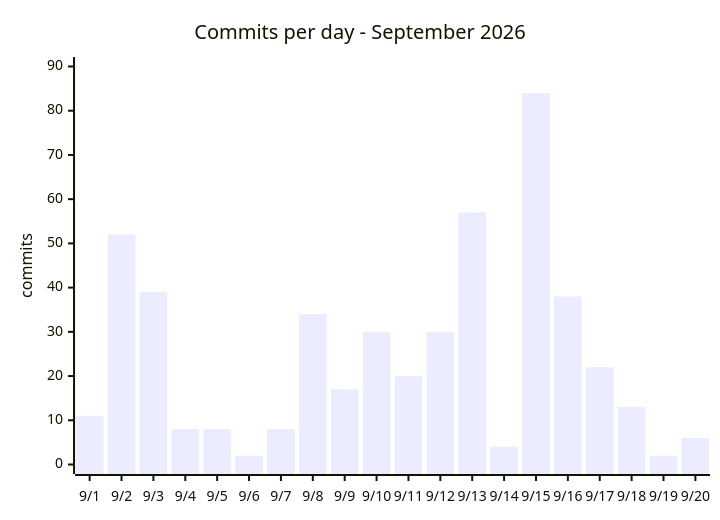
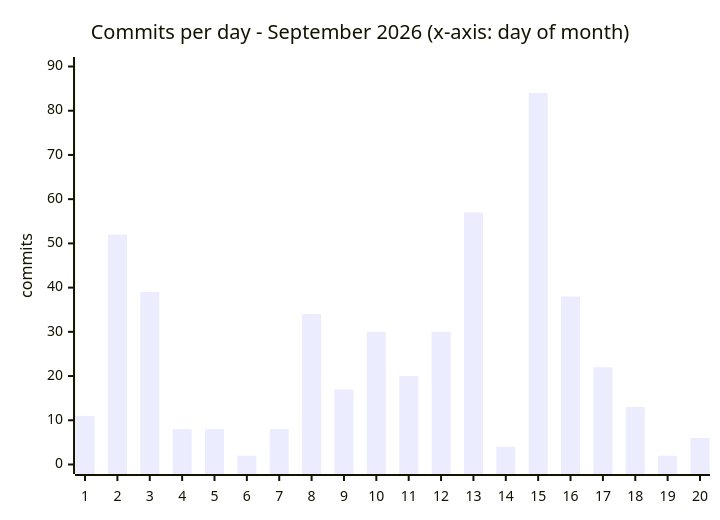
One commit to Sleepsong/goldeneye-pc-port changed the third of 6 diagrams in docs/dev/agentic-development.md. Above: the diagram before and after it, drawn with Mermaid. The commit also changed other lines of this file, not shown here.

Commit message:
docs(agentic-development): simplify commits-velocity chart to weekly totals (6 bars) - daily x-axis labels overlapped in narrow renderers

````diff
--- a/docs/dev/agentic-development.md
+++ b/docs/dev/agentic-development.md
@@ -141,7 +141,7 @@
 ```mermaid
 xychart-beta
-    title "Commits per day - September 2026"
-    x-axis ["9/1", "9/2", "9/3", "9/4", "9/5", "9/6", "9/7", "9/8", "9/9", "9/10", "9/11", "9/12", "9/13", "9/14", "9/15", "9/16", "9/17", "9/18", "9/19", "9/20"]
+    title "Commits per day - September 2026 (x-axis: day of month)"
+    x-axis ["1", "2", "3", "4", "5", "6", "7", "8", "9", "10", "11", "12", "13", "14", "15", "16", "17", "18", "19", "20"]
     y-axis "commits" 0 --> 90
     bar [11, 52, 39, 8, 8, 2, 8, 34, 17, 30, 20, 30, 57, 4, 84, 38, 22, 13, 2, 6]
 ```
````
